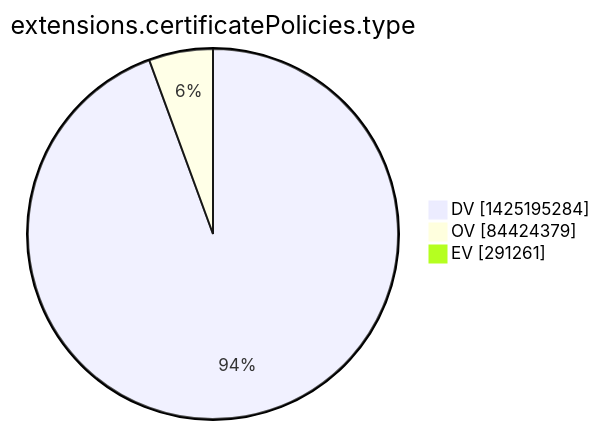
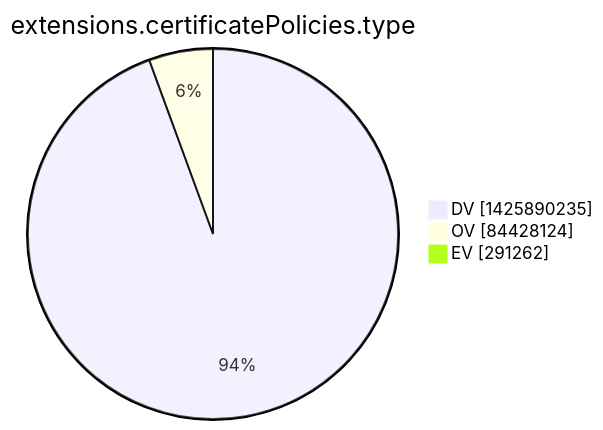
One commit to christiankrug/ctmonitor_visualization changed the tenth of 15 diagrams in argon2022/README.md. Above: the diagram before and after it, drawn with Mermaid. The commit also changed other lines of this file, not shown here.

````diff
--- a/argon2022/README.md
+++ b/argon2022/README.md
@@ -2773,7 +2773,7 @@
 ```mermaid
 pie showData
 title extensions.certificatePolicies.type
-"DV" :1425195284
-"OV" :84424379
-"EV" :291261
+"DV" :1425890235
+"OV" :84428124
+"EV" :291262
 ```
````
